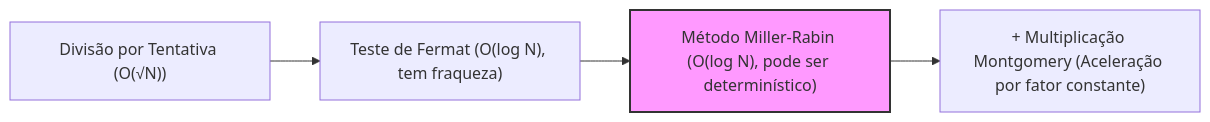
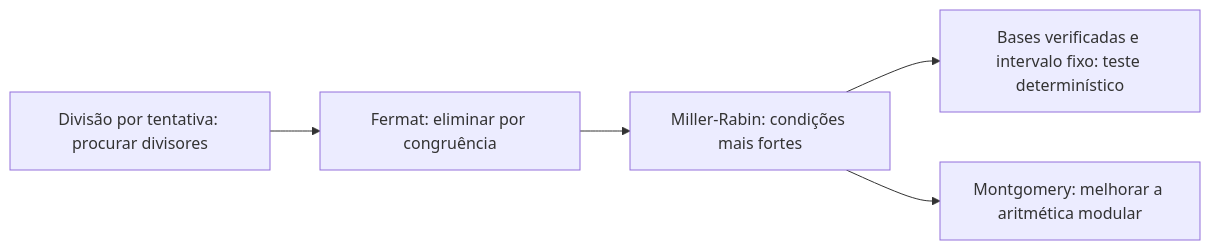
The second of 2 diagrams in content/post/cppで実装する高速な素数判定アルゴリズム/index.pt.md (kenjinote/blog), drawn with Mermaid before and after one commit. The commit also changed other lines of this file and 5 other files, not shown here.

Commit message:
Review Portuguese primality article and localize diagram branch checks

````diff
--- a/content/post/cppで実装する高速な素数判定アルゴリズム/index.pt.md
+++ b/content/post/cppで実装する高速な素数判定アルゴリズム/index.pt.md
@@ -314,8 +256,7 @@
 ```mermaid
 graph LR
-    TrialDivision["Divisão por Tentativa (O(√N))"] --> Fermat["Teste de Fermat (O(log N), tem fraqueza)"]
-    Fermat --> MillerRabin["Método Miller-Rabin (O(log N), pode ser determinístico)"]
-    MillerRabin --> Montgomery["+ Multiplicação Montgomery (Aceleração por fator constante)"]
-    
-    style MillerRabin fill:#f9f,stroke:#333,stroke-width:2px
+    Trial["Divisão por tentativa: procurar divisores"] --> Fermat["Fermat: eliminar por congruência"]
+    Fermat --> MR["Miller-Rabin: condições mais fortes"]
+    MR --> Fixed["Bases verificadas e intervalo fixo: teste determinístico"]
+    MR --> Mont["Montgomery: melhorar a aritmética modular"]
 ```
````
